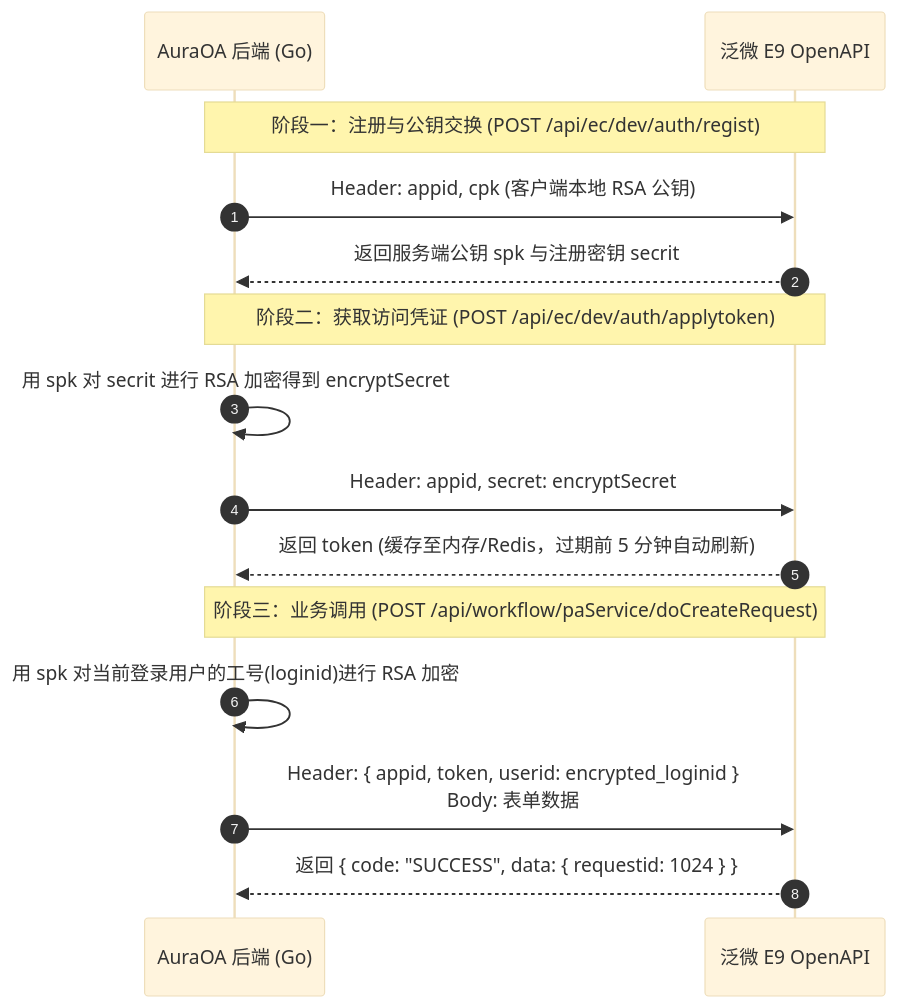
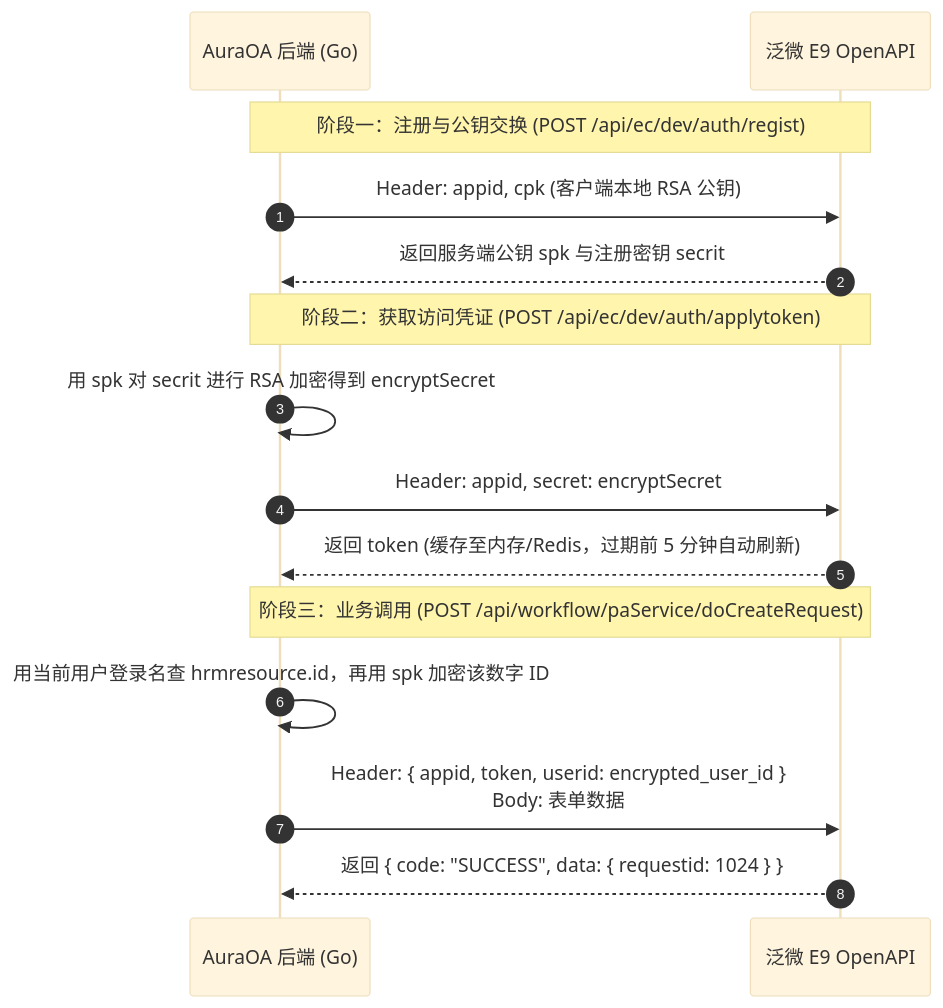
Before and after one commit to tsukiga-kirei/AuraOA: the diagram in docs/agents/workflow_creator_and_analyst_plan.md, drawn with Mermaid (base theme). The commit also changed other lines of this file and 15 other files, not shown here.

````diff
--- a/docs/agents/workflow_creator_and_analyst_plan.md
+++ b/docs/agents/workflow_creator_and_analyst_plan.md
@@ -52,20 +52,20 @@
 ```mermaid
 sequenceDiagram
     autonumber
     participant AuraOA as AuraOA 后端 (Go)
     participant Ecology as 泛微 E9 OpenAPI
 
     Note over AuraOA,Ecology: 阶段一：注册与公钥交换 (POST /api/ec/dev/auth/regist)
     AuraOA->>Ecology: Header: appid, cpk (客户端本地 RSA 公钥)
     Ecology-->>AuraOA: 返回服务端公钥 spk 与注册密钥 secrit
 
     Note over AuraOA,Ecology: 阶段二：获取访问凭证 (POST /api/ec/dev/auth/applytoken)
     AuraOA->>AuraOA: 用 spk 对 secrit 进行 RSA 加密得到 encryptSecret
     AuraOA->>Ecology: Header: appid, secret: encryptSecret
     Ecology-->>AuraOA: 返回 token (缓存至内存/Redis，过期前 5 分钟自动刷新)
 
     Note over AuraOA,Ecology: 阶段三：业务调用 (POST /api/workflow/paService/doCreateRequest)
-    AuraOA->>AuraOA: 用 spk 对当前登录用户的工号(loginid)进行 RSA 加密
-    AuraOA->>Ecology: Header: { appid, token, userid: encrypted_loginid }<br/>Body: 表单数据
+    AuraOA->>AuraOA: 用当前用户登录名查 hrmresource.id，再用 spk 加密该数字 ID
+    AuraOA->>Ecology: Header: { appid, token, userid: encrypted_user_id }<br/>Body: 表单数据
     Ecology-->>AuraOA: 返回 { code: "SUCCESS", data: { requestid: 1024 } }
 ```
````
